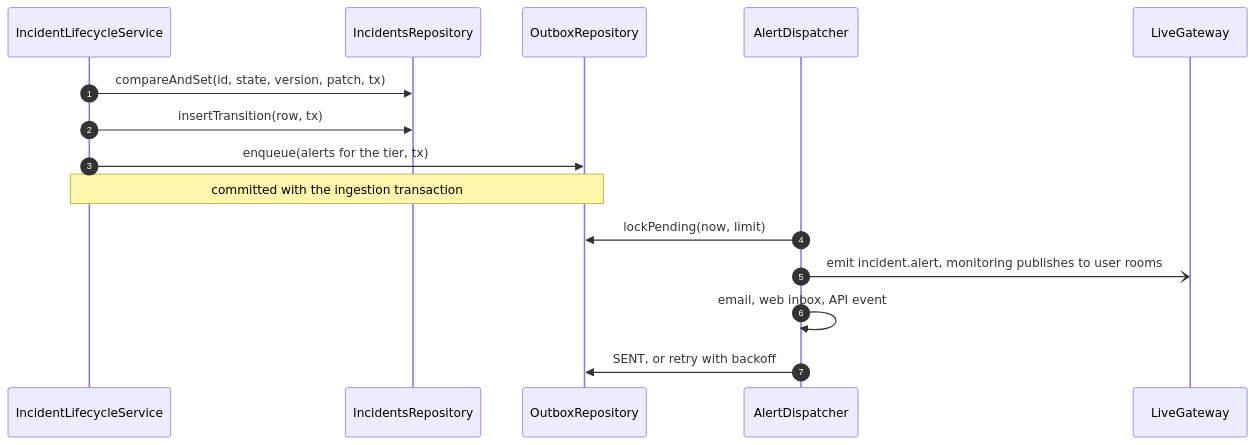
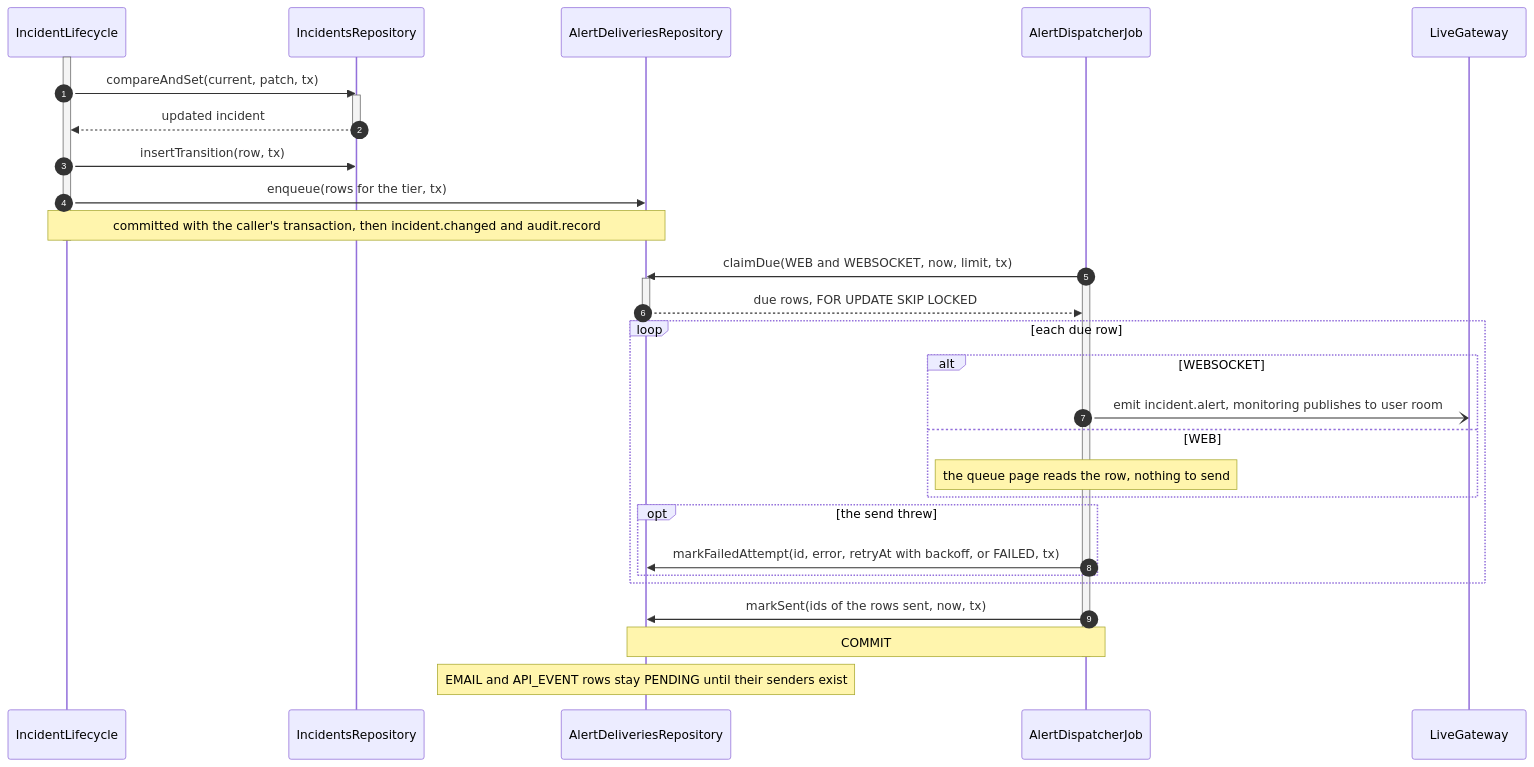
Before and after one commit to TrekLink-Team/treklink-web: the sixth of 10 diagrams in specs/incidents/design.md, drawn with Mermaid. The commit also changed other lines of this file, not shown here.

````diff
--- a/specs/incidents/design.md
+++ b/specs/incidents/design.md
@@ -341,17 +445,37 @@
 ```mermaid
 sequenceDiagram
     autonumber
-    participant L as IncidentLifecycleService
+    participant L as IncidentLifecycle
     participant R as IncidentsRepository
-    participant Ob as OutboxRepository
-    participant Dp as AlertDispatcher
+    participant Ob as AlertDeliveriesRepository
+    participant Dp as AlertDispatcherJob
     participant W as LiveGateway
-    L->>R: compareAndSet(id, state, version, patch, tx)
+    activate L
+    L->>R: compareAndSet(current, patch, tx)
+    activate R
+    R-->>L: updated incident
+    deactivate R
     L->>R: insertTransition(row, tx)
-    L->>Ob: enqueue(alerts for the tier, tx)
-    Note over L,Ob: committed with the ingestion transaction
-    Dp->>Ob: lockPending(now, limit)
-    Dp-)W: emit incident.alert, monitoring publishes to user rooms
-    Dp->>Dp: email, web inbox, API event
-    Dp->>Ob: SENT, or retry with backoff
+    L->>Ob: enqueue(rows for the tier, tx)
+    Note over L,Ob: committed with the caller's transaction, then incident.changed and audit.record
+    deactivate L
+    Dp->>Ob: claimDue(WEB and WEBSOCKET, now, limit, tx)
+    activate Dp
+    activate Ob
+    Ob-->>Dp: due rows, FOR UPDATE SKIP LOCKED
+    deactivate Ob
+    loop each due row
+        alt WEBSOCKET
+            Dp-)W: emit incident.alert, monitoring publishes to user room
+        else WEB
+            Note over Dp: the queue page reads the row, nothing to send
+        end
+        opt the send threw
+            Dp->>Ob: markFailedAttempt(id, error, retryAt with backoff, or FAILED, tx)
+        end
+    end
+    Dp->>Ob: markSent(ids of the rows sent, now, tx)
+    Note over Dp,Ob: COMMIT
+    deactivate Dp
+    Note over Ob: EMAIL and API_EVENT rows stay PENDING until their senders exist
 ```
````
